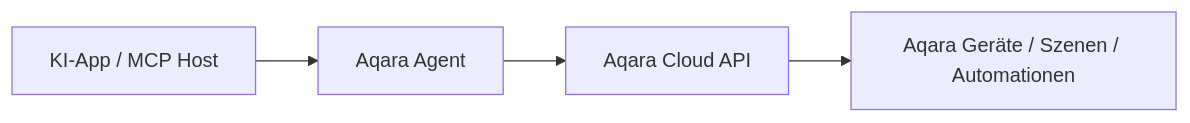
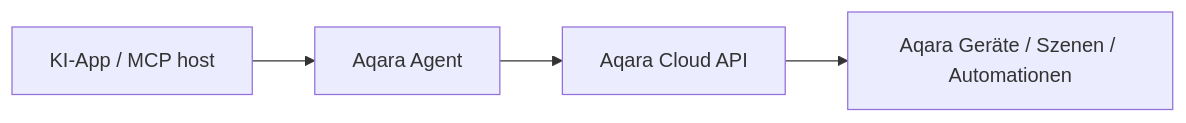
One commit to aqara/aqara-mcp-server changed the diagram in README_DE.md. Above: the diagram before and after it, drawn with Mermaid. The commit also changed other lines of this file and 8 other files, not shown here.

````diff
--- a/README_DE.md
+++ b/README_DE.md
@@ -75,6 +75,6 @@
 ```mermaid
 graph LR
-    A[KI-App / MCP Host] --> B[Aqara Agent]
+    A[KI-App / MCP host] --> B[Aqara Agent]
     B --> C[Aqara Cloud API]
     C --> D[Aqara Geräte / Szenen / Automationen]
 ```
````
